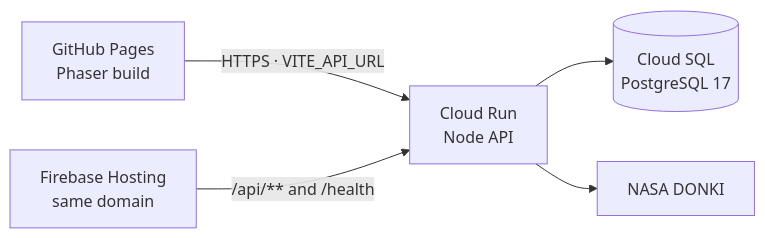
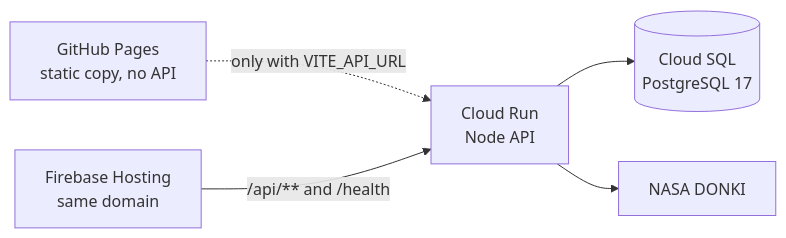
The second of 2 diagrams in docs/en/02-architecture.md (as9689138/juniorAstronautMissionTrainer_JIIMATZIN), drawn with Mermaid before and after one commit. The commit also changed other lines of this file and 12 other files, not shown here.

Commit message:
docs(despliegue): registra el despliegue en Google Cloud y Pages

````diff
--- a/docs/en/02-architecture.md
+++ b/docs/en/02-architecture.md
@@ -68,7 +68,7 @@
 ```mermaid
 flowchart LR
-    GH[GitHub Pages<br/>Phaser build] -- "HTTPS · VITE_API_URL" --> API[Cloud Run<br/>Node API]
+    GH[GitHub Pages<br/>static copy, no API] -. "only with VITE_API_URL" .-> API[Cloud Run<br/>Node API]
     FH[Firebase Hosting<br/>same domain] -- "/api/** and /health" --> API
     API --> PG[(Cloud SQL<br/>PostgreSQL 17)]
     API --> NASA[NASA DONKI]
 ```
````
